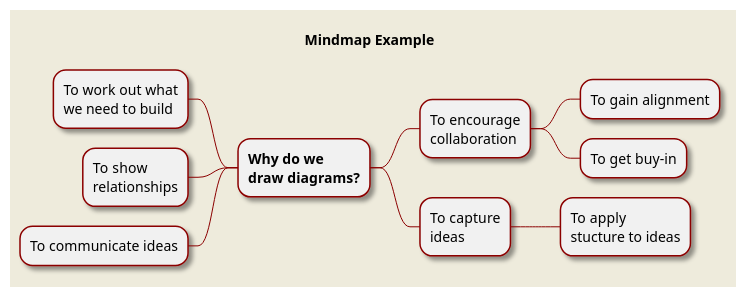
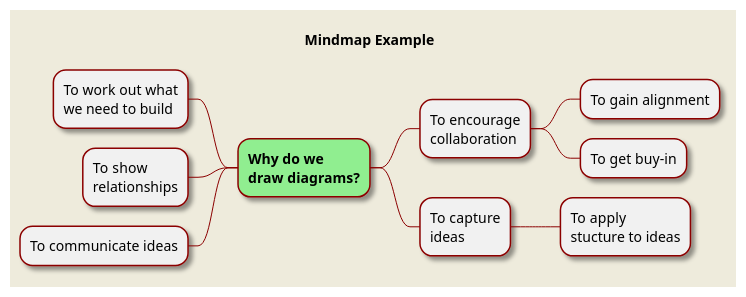
One commit to suggitpe/puml-sandbox changed the diagram in mindmap/mindmap1.puml. Above: the diagram before and after it, drawn with PlantUML. The commit also changed 2 other files, not shown here.

```diff
--- a/mindmap/mindmap1.puml
+++ b/mindmap/mindmap1.puml
@@ -1,28 +1,28 @@
 @startmindmap
 title Mindmap Example
 
 skinparam shadowing true
 skinparam backgroundColor #EEEBDC
 skinparam ArrowColor black
 skinparam noteBorderColor black
 
 <style>
 mindmapDiagram {
     LineColor darkred
 }
 </style>
 
-* <b>Why do we</b>\n<b>draw diagrams?</b>
+*[#lightgreen] <b>Why do we</b>\n<b>draw diagrams?</b>
     * To encourage\ncollaboration
         * To gain alignment
         * To get buy-in
     * To capture\nideas
         * To apply\nstucture to ideas
 
 left side
     * To work out what\nwe need to build
     * To show\nrelationships
     * To communicate ideas
 
 
 @endmindmap
```
